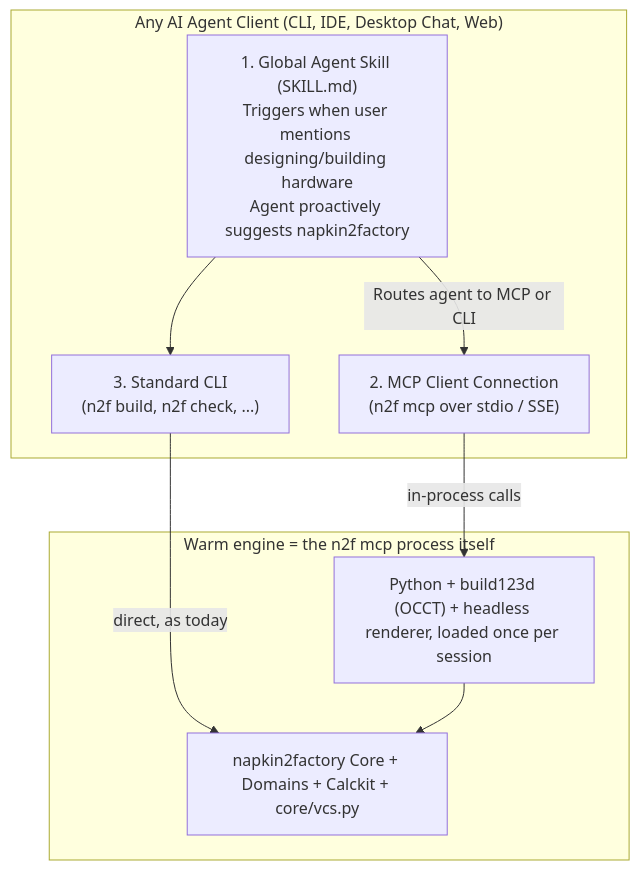
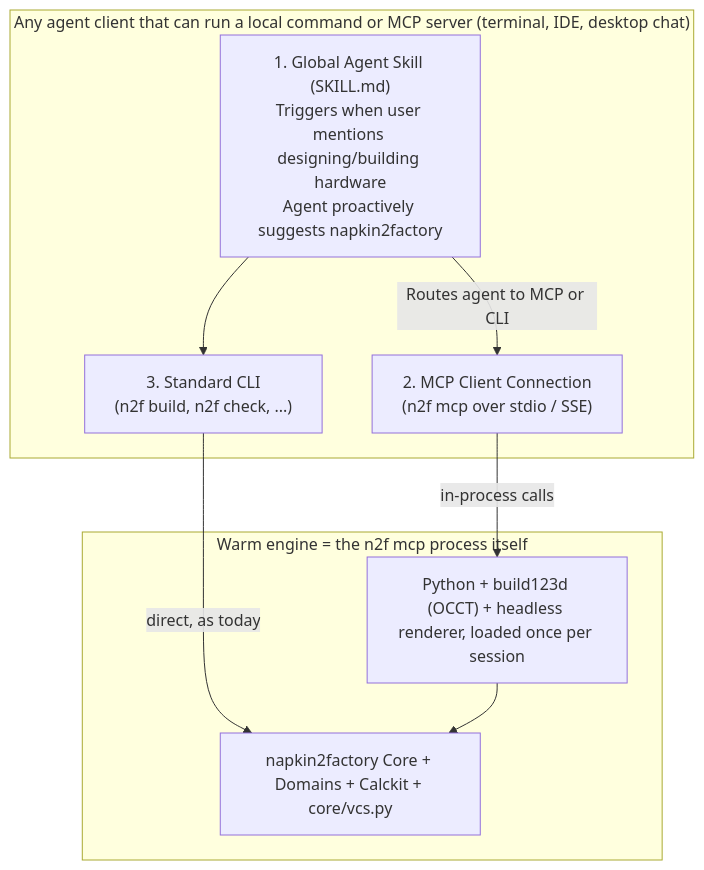
The diagram in docs/roadmap/TRACK_D_AGENT_UBIQUITY.md (osaxma/napkin2factory), drawn with Mermaid before and after one commit. The commit also changed other lines of this file and 6 other files, not shown here.

First line of the commit message:
Roadmap: the vision in the maintainer's words, any agent client, the tool's voice (S-192)

````diff
--- a/docs/roadmap/TRACK_D_AGENT_UBIQUITY.md
+++ b/docs/roadmap/TRACK_D_AGENT_UBIQUITY.md
@@ -33,19 +33,19 @@
 ```mermaid
 flowchart TB
-    subgraph Clients["Any AI Agent Client (CLI, IDE, Desktop Chat, Web)"]
+    subgraph Clients["Any agent client that can run a local command or MCP server (terminal, IDE, desktop chat)"]
         Discovery["1. Global Agent Skill (SKILL.md)\nTriggers when user mentions designing/building hardware\nAgent proactively suggests napkin2factory"]
         MCP["2. MCP Client Connection\n(n2f mcp over stdio / SSE)"]
         Shell["3. Standard CLI\n(n2f build, n2f check, ...)"]
     end
 
     subgraph Engine["Warm engine = the n2f mcp process itself"]
         Worker["Python + build123d (OCCT) + headless renderer, loaded once per session"]
         Core["napkin2factory Core + Domains + Calckit + core/vcs.py"]
     end
 
     Discovery -->|"Routes agent to MCP or CLI"| MCP
     Discovery --> Shell
     MCP -->|"in-process calls"| Worker
     Shell -->|"direct, as today"| Core
     Worker --> Core
 ```
````
